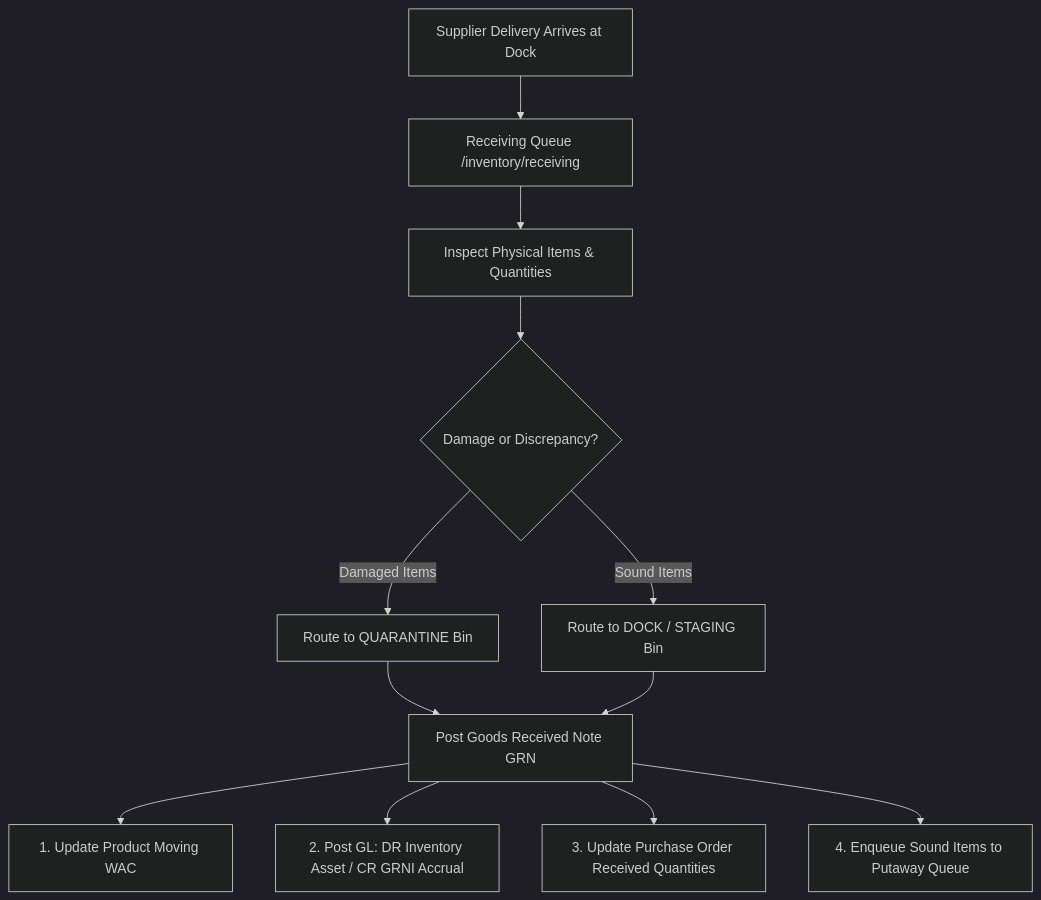
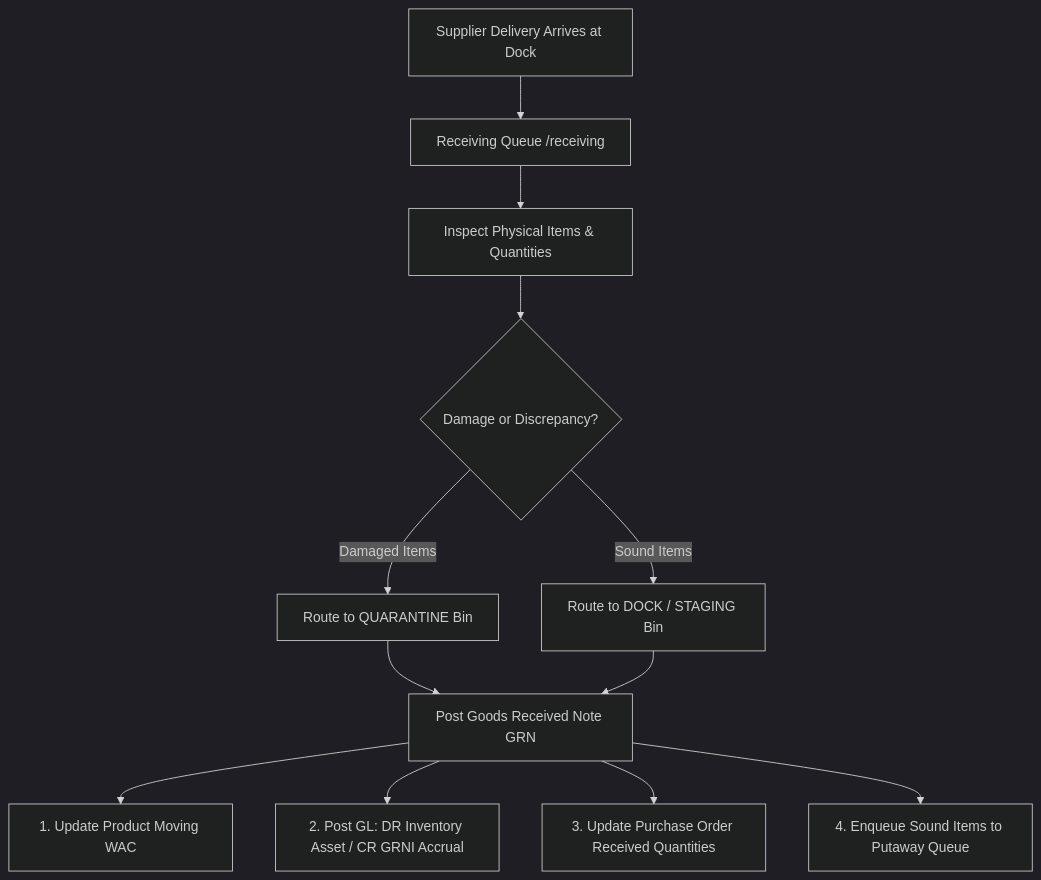
The diagram in docs/user/receiving.md (herobmdotcom/herobm), drawn with Mermaid (dark theme) before and after one commit. The commit also changed other lines of this file and 20 other files, not shown here.

````diff
--- a/docs/user/receiving.md
+++ b/docs/user/receiving.md
@@ -44,14 +43,14 @@
 ```mermaid
 flowchart TD
-    A[Supplier Delivery Arrives at Dock] --> B[Receiving Queue /inventory/receiving]
+    A[Supplier Delivery Arrives at Dock] --> B[Receiving Queue /receiving]
     B --> C[Inspect Physical Items & Quantities]
     C --> D{Damage or Discrepancy?}
     D -- Damaged Items --> E[Route to QUARANTINE Bin]
     D -- Sound Items --> F[Route to DOCK / STAGING Bin]
 
     E & F --> G[Post Goods Received Note GRN]
     G --> H[1. Update Product Moving WAC]
     G --> I[2. Post GL: DR Inventory Asset / CR GRNI Accrual]
     G --> J[3. Update Purchase Order Received Quantities]
     G --> K[4. Enqueue Sound Items to Putaway Queue]
 ```
````
